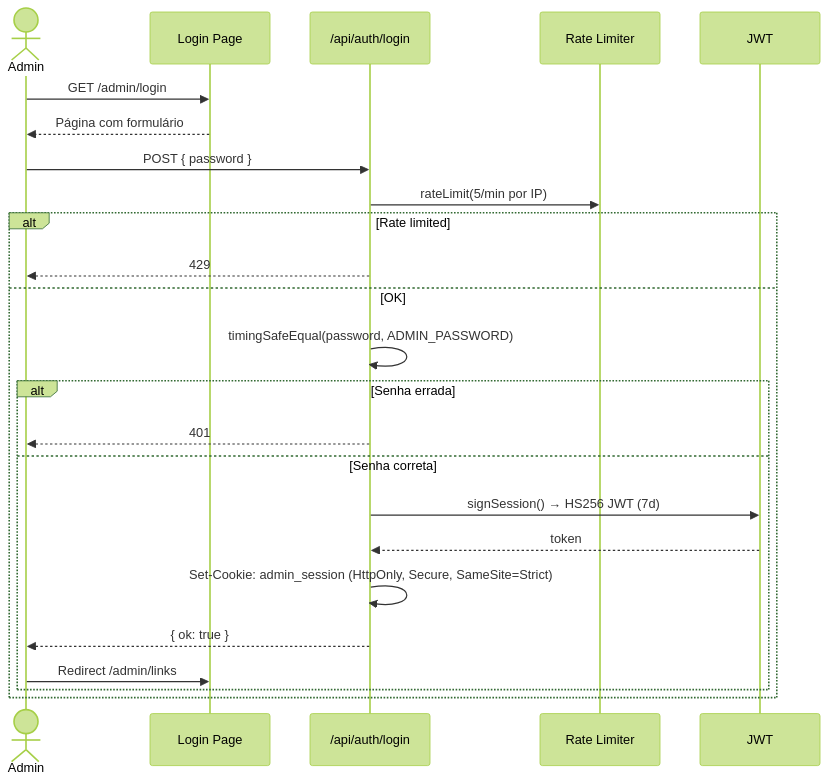
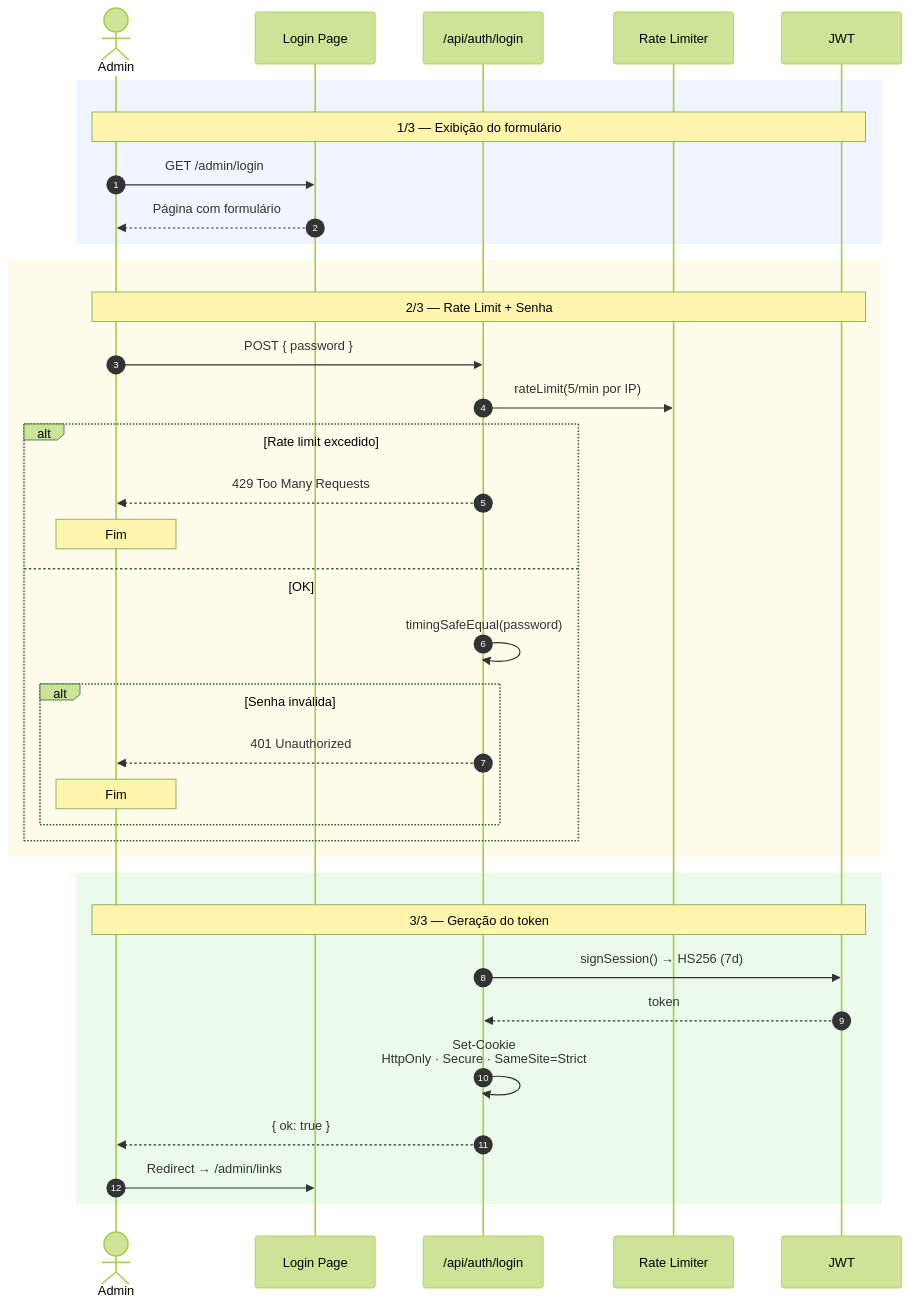
Before and after one commit to eduardoaugustolb/encurtador-url: the second of 5 diagrams in docs/fluxo-de-dados.md, drawn with Mermaid (forest theme). The commit also changed other lines of this file and 3 other files, not shown here.

Commit message:
docs: reorganize mermaid diagrams with spacing, autonumber, and color-coded phases

````diff
--- a/docs/fluxo-de-dados.md
+++ b/docs/fluxo-de-dados.md
@@ -48,28 +60,41 @@
 ```mermaid
+%%{init: {'sequence': {'actorMargin': 60, 'boxMargin': 20}}}%%
 sequenceDiagram
+    autonumber
     actor A as Admin
     participant P as Login Page
     participant API as /api/auth/login
     participant RL as Rate Limiter
     participant J as JWT
 
-    A->>P: GET /admin/login
-    P-->>A: Página com formulário
+    rect rgb(240, 245, 255)
+        Note over A,J: 1/3 — Exibição do formulário
+        A->>P: GET /admin/login
+        P-->>A: Página com formulário
+    end
 
-    A->>API: POST { password }
-    API->>RL: rateLimit(5/min por IP)
-    alt Rate limited
-        API-->>A: 429
-    else OK
-        API->>API: timingSafeEqual(password, ADMIN_PASSWORD)
-        alt Senha errada
-            API-->>A: 401
-        else Senha correta
-            API->>J: signSession() → HS256 JWT (7d)
-            J-->>API: token
-            API->>API: Set-Cookie: admin_session (HttpOnly, Secure, SameSite=Strict)
-            API-->>A: { ok: true }
-            A->>P: Redirect /admin/links
+    rect rgb(255, 252, 235)
+        Note over A,J: 2/3 — Rate Limit + Senha
+        A->>API: POST { password }
+        API->>RL: rateLimit(5/min por IP)
+        alt Rate limit excedido
+            API-->>A: 429 Too Many Requests
+            Note over A: Fim
+        else OK
+            API->>API: timingSafeEqual(password)
+            alt Senha inválida
+                API-->>A: 401 Unauthorized
+                Note over A: Fim
+            end
         end
     end
+
+    rect rgb(235, 250, 235)
+        Note over A,J: 3/3 — Geração do token
+        API->>J: signSession() → HS256 (7d)
+        J-->>API: token
+        API->>API: Set-Cookie<br/>HttpOnly · Secure · SameSite=Strict
+        API-->>A: { ok: true }
+        A->>P: Redirect → /admin/links
+    end
 ```
````
